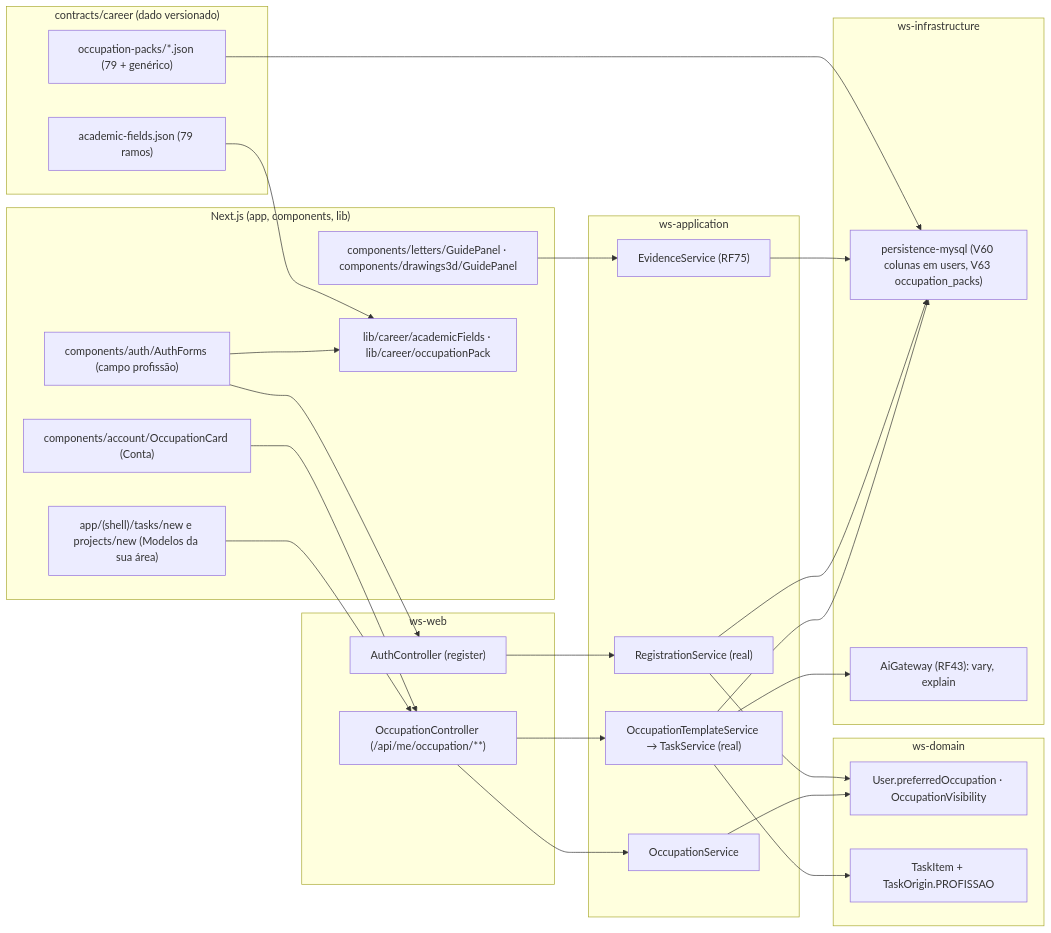
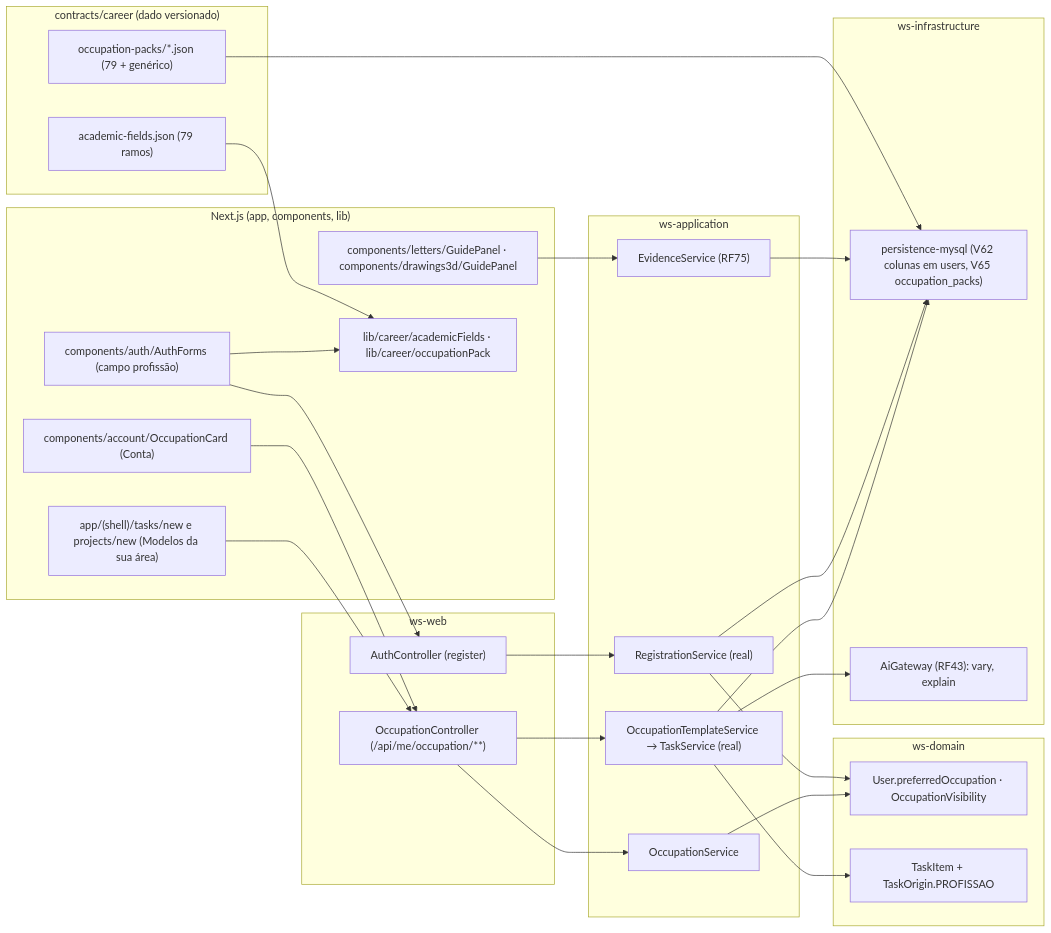
Before and after one commit to MatheusHaliski/Decia-app-2026: the sixth of 6 diagrams in docs/diagramas/RF81/README.md, drawn with Mermaid. The commit also changed 83 other files, not shown here.

````diff
--- a/docs/diagramas/RF81/README.md
+++ b/docs/diagramas/RF81/README.md
@@ -315,42 +315,42 @@
 ```mermaid
 flowchart LR
   subgraph WEB["Next.js (app, components, lib)"]
     REG["components/auth/AuthForms (campo profissão)"]
     ACC["components/account/OccupationCard (Conta)"]
     NEW["app/(shell)/tasks/new e projects/new (Modelos da sua área)"]
     GUI["components/letters/GuidePanel · components/drawings3d/GuidePanel"]
     LIB["lib/career/academicFields · lib/career/occupationPack"]
   end
   subgraph DATA["contracts/career (dado versionado)"]
     CAT["academic-fields.json (79 ramos)"]
     PKS["occupation-packs/*.json (79 + genérico)"]
   end
   subgraph WSWEB["ws-web"]
     AC["AuthController (register)"]
     OC["OccupationController (/api/me/occupation/**)"]
   end
   subgraph APP["ws-application"]
     RS["RegistrationService (real)"]
     OS["OccupationService"]
     OTS["OccupationTemplateService → TaskService (real)"]
     EVS["EvidenceService (RF75)"]
   end
   subgraph DOM["ws-domain"]
     U["User.preferredOccupation · OccupationVisibility"]
     T["TaskItem + TaskOrigin.PROFISSAO"]
   end
   subgraph INFRA["ws-infrastructure"]
-    MYSQL["persistence-mysql (V60 colunas em users, V63 occupation_packs)"]
+    MYSQL["persistence-mysql (V62 colunas em users, V65 occupation_packs)"]
     AIG["AiGateway (RF43): vary, explain"]
   end
   CAT --> LIB
   PKS --> MYSQL
   REG --> LIB
   REG --> AC --> RS --> U
   ACC --> OC --> OS --> U
   NEW --> OC --> OTS --> T
   OTS --> AIG
   GUI --> EVS --> MYSQL
   RS --> MYSQL
   OTS --> MYSQL
 ```
````
